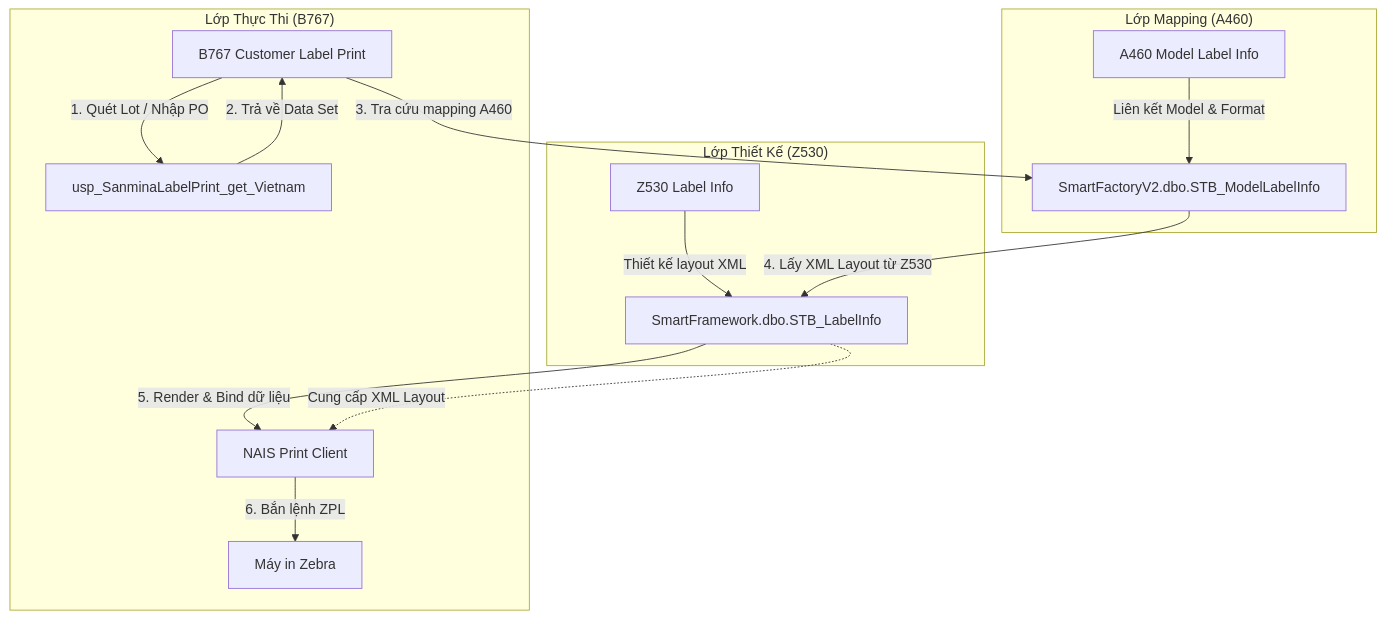
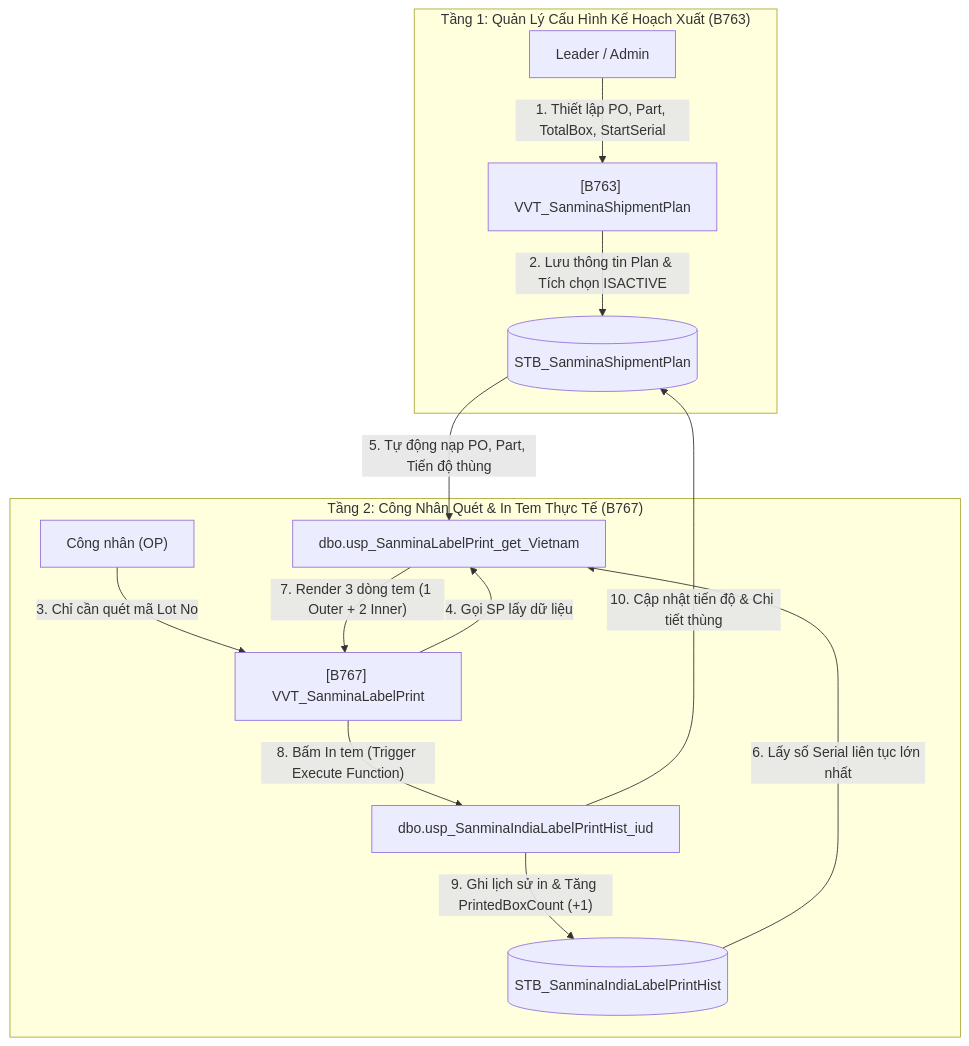
Before and after one commit to Poyken/vinatech: the diagram in MES_LEGACY_BACKUP/MES_MASTER_KNOWLEDGE_BASE/KB_04/KB_04_03_SANMINA_LABEL_GUIDE.md, drawn with Mermaid. The commit also changed other lines of this file and 12 other files, not shown here.

Commit message:
fix(sanmina): support StartSerial per shipment plan and backup Sanmina SPs

````diff
--- a/MES_LEGACY_BACKUP/MES_MASTER_KNOWLEDGE_BASE/KB_04/KB_04_03_SANMINA_LABEL_GUIDE.md
+++ b/MES_LEGACY_BACKUP/MES_MASTER_KNOWLEDGE_BASE/KB_04/KB_04_03_SANMINA_LABEL_GUIDE.md
@@ -29,21 +28,18 @@
 ```mermaid
 flowchart TD
-    subgraph LTK ["Lớp Thiết Kế (Z530)"]
-        Z["Z530 Label Info"] -->|Thiết kế layout XML| LBI["SmartFramework.dbo.STB_LabelInfo"]
+    subgraph S1 ["Tầng 1: Quản Lý Cấu Hình Kế Hoạch Xuất (B763)"]
+        Leader["Leader / Admin"] -->|"1. Thiết lập PO, Part, TotalBox, StartSerial"| B763["[B763] VVT_SanminaShipmentPlan"]
+        B763 -->|"2. Lưu thông tin Plan & Tích chọn ISACTIVE"| DB_Plan[("STB_SanminaShipmentPlan")]
     end
 
-    subgraph LMP ["Lớp Mapping (A460)"]
-        A["A460 Model Label Info"] -->|Liên kết Model & Format| MLI["SmartFactoryV2.dbo.STB_ModelLabelInfo"]
+    subgraph S2 ["Tầng 2: Công Nhân Quét & In Tem Thực Tế (B767)"]
+        OP["Công nhân (OP)"] -->|"3. Chỉ cần quét mã Lot No"| B767["[B767] VVT_SanminaLabelPrint"]
+        B767 -->|"4. Gọi SP lấy dữ liệu"| SP_Get["dbo.usp_SanminaLabelPrint_get_Vietnam"]
+        DB_Plan -->|"5. Tự động nạp PO, Part, Tiến độ thùng"| SP_Get
+        DB_Hist[("STB_SanminaIndiaLabelPrintHist")] -->|"6. Lấy số Serial liên tục lớn nhất"| SP_Get
+        SP_Get -->|"7. Render 3 dòng tem (1 Outer + 2 Inner)"| B767
+        B767 -->|"8. Bấm In tem (Trigger Execute Function)"| SP_IUD["dbo.usp_SanminaIndiaLabelPrintHist_iud"]
+        SP_IUD -->|"9. Ghi lịch sử in & Tăng PrintedBoxCount (+1)"| DB_Hist
+        SP_IUD -->|"10. Cập nhật tiến độ & Chi tiết thùng"| DB_Plan
     end
-
-    subgraph LTT ["Lớp Thực Thi (B767)"]
-        B["B767 Customer Label Print"] -->|"1. Quét Lot / Nhập PO"| SP["usp_SanminaLabelPrint_get_Vietnam"]
-        SP -->|"2. Trả về Data Set"| B
-        B -->|"3. Tra cứu mapping A460"| MLI
-        MLI -->|"4. Lấy XML Layout từ Z530"| LBI
-        LBI -->|"5. Render & Bind dữ liệu"| Client["NAIS Print Client"]
-        Client -->|"6. Bắn lệnh ZPL"| Printer["Máy in Zebra"]
-    end
-    
-    LBI -.->|"Cung cấp XML Layout"| Client
 ```
````
